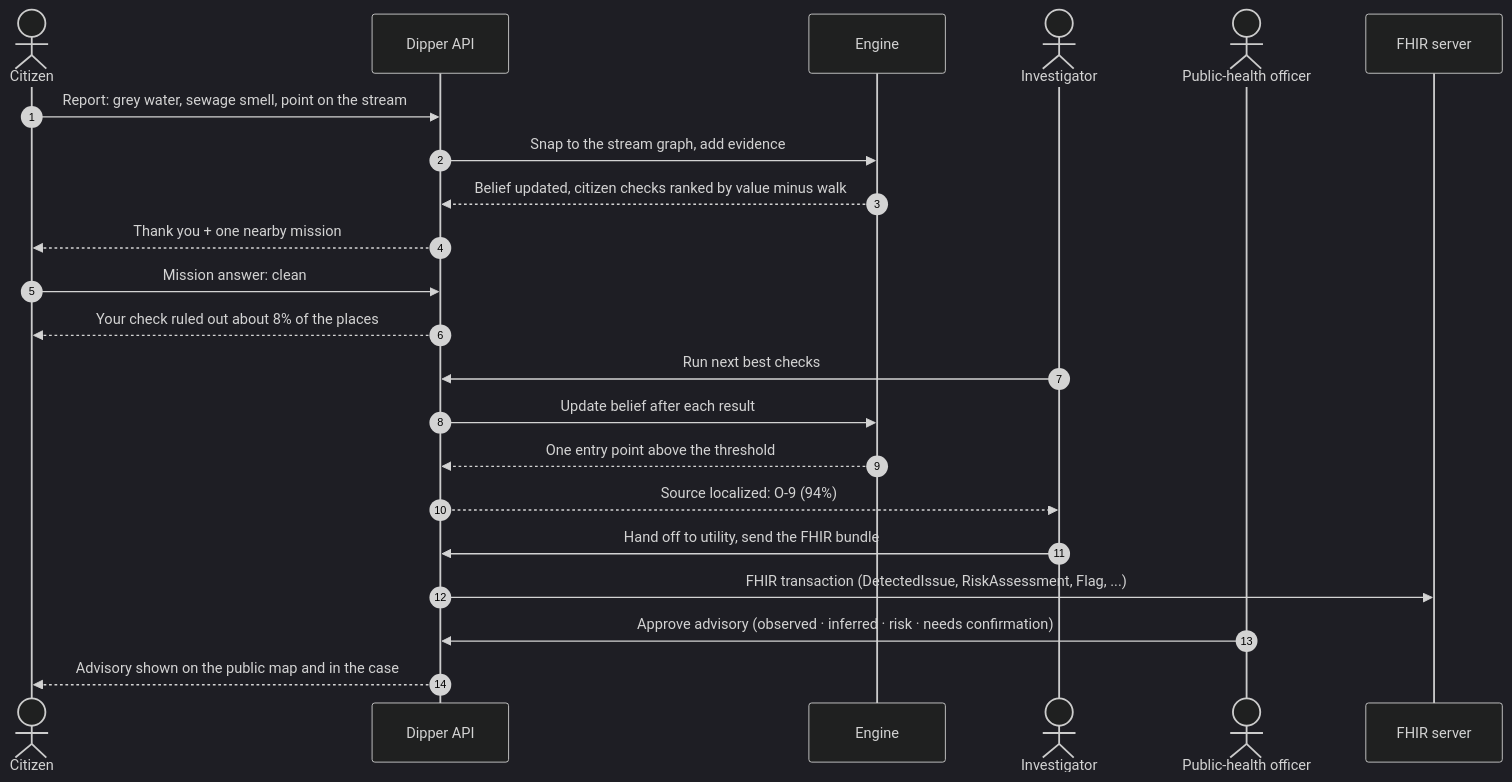
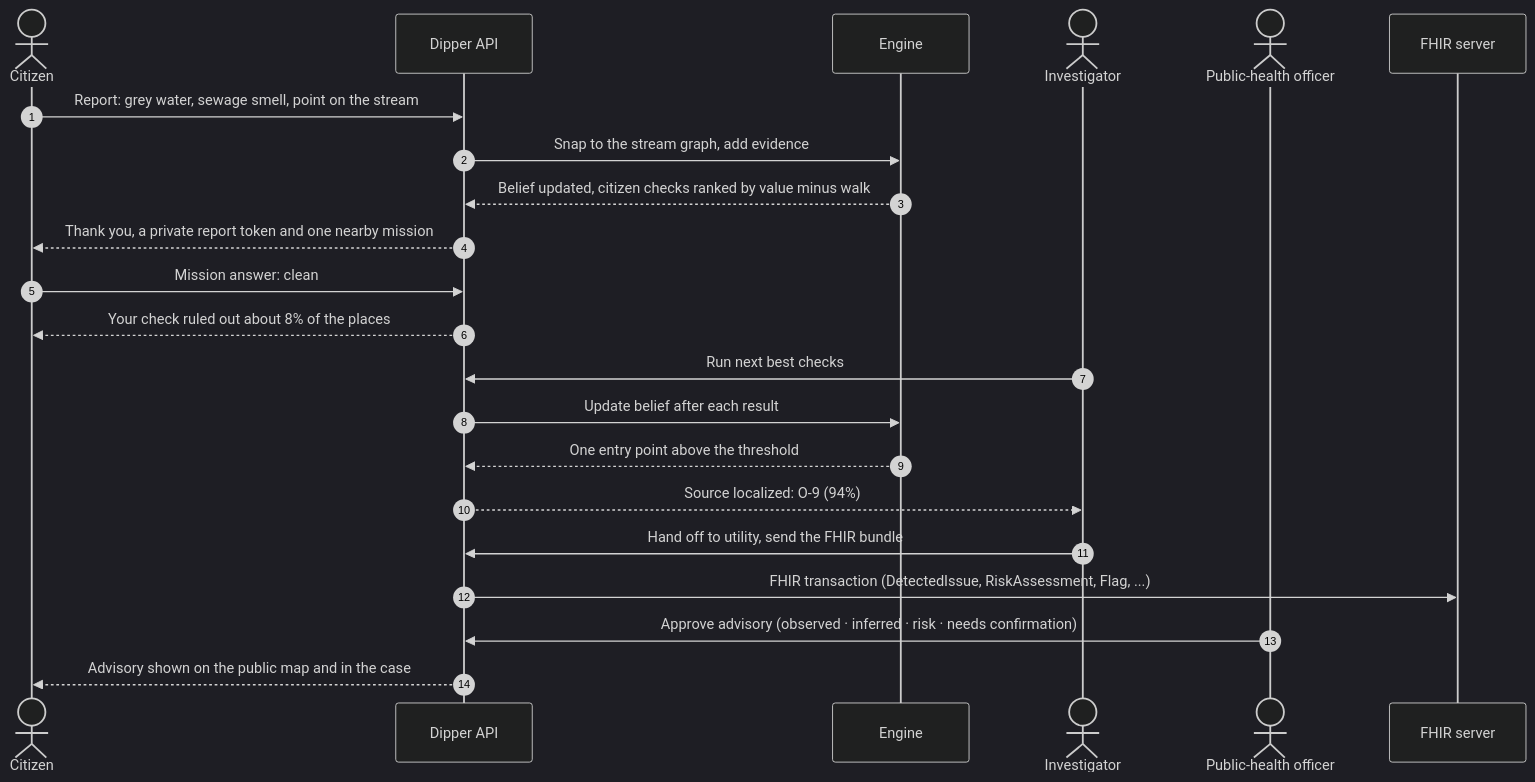
The third of 3 diagrams in README.md (TusharTechs/dipper), drawn with Mermaid (dark theme) before and after one commit. The commit also changed other lines of this file and 43 other files, not shown here.

````diff
--- a/README.md
+++ b/README.md
@@ -199,24 +199,24 @@
 ```mermaid
 sequenceDiagram
   autonumber
   actor C as Citizen
   participant A as Dipper API
   participant E as Engine
   actor I as Investigator
   actor P as Public-health officer
   participant F as FHIR server
   C->>A: Report: grey water, sewage smell, point on the stream
   A->>E: Snap to the stream graph, add evidence
   E-->>A: Belief updated, citizen checks ranked by value minus walk
-  A-->>C: Thank you + one nearby mission
+  A-->>C: Thank you, a private report token and one nearby mission
   C->>A: Mission answer: clean
   A-->>C: Your check ruled out about 8% of the places
   I->>A: Run next best checks
   A->>E: Update belief after each result
   E-->>A: One entry point above the threshold
   A-->>I: Source localized: O-9 (94%)
   I->>A: Hand off to utility, send the FHIR bundle
   A->>F: FHIR transaction (DetectedIssue, RiskAssessment, Flag, ...)
   P->>A: Approve advisory (observed · inferred · risk · needs confirmation)
   A-->>C: Advisory shown on the public map and in the case
 ```
````
